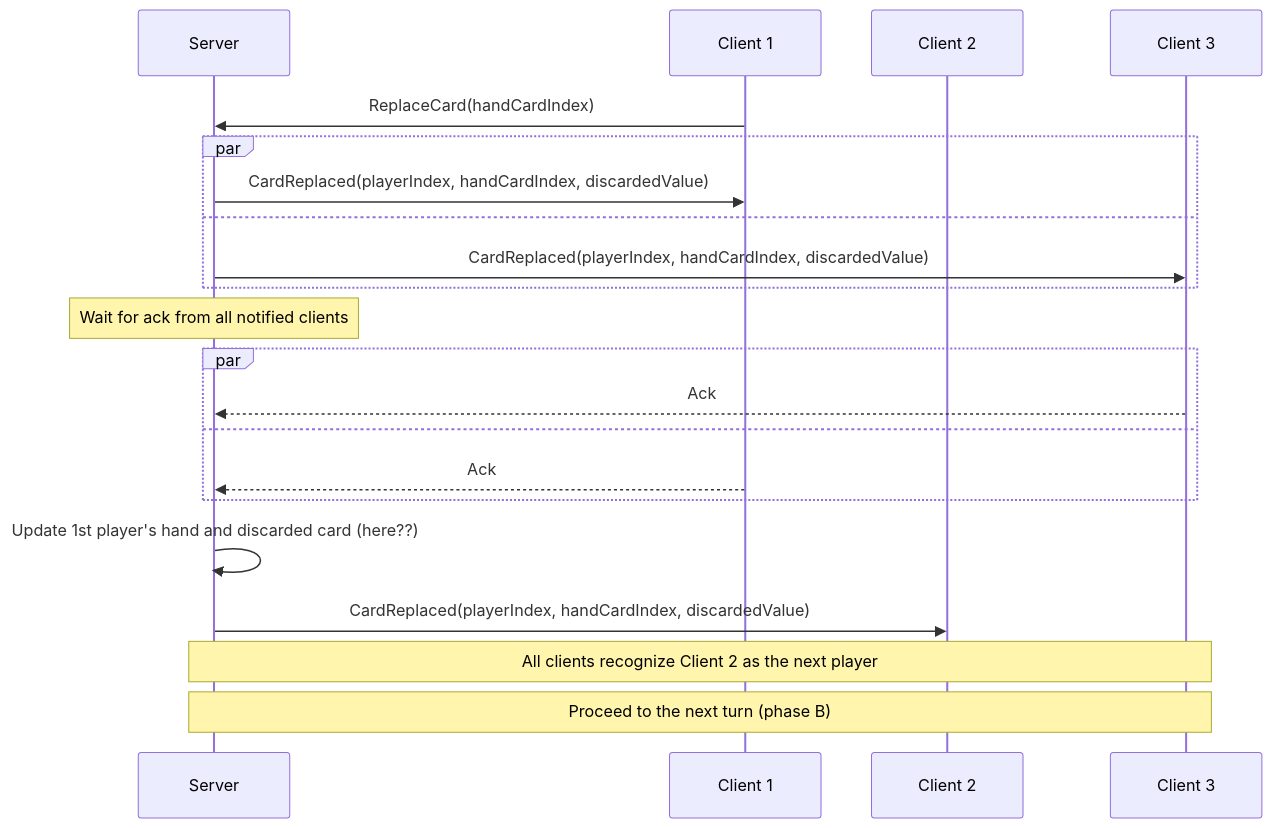
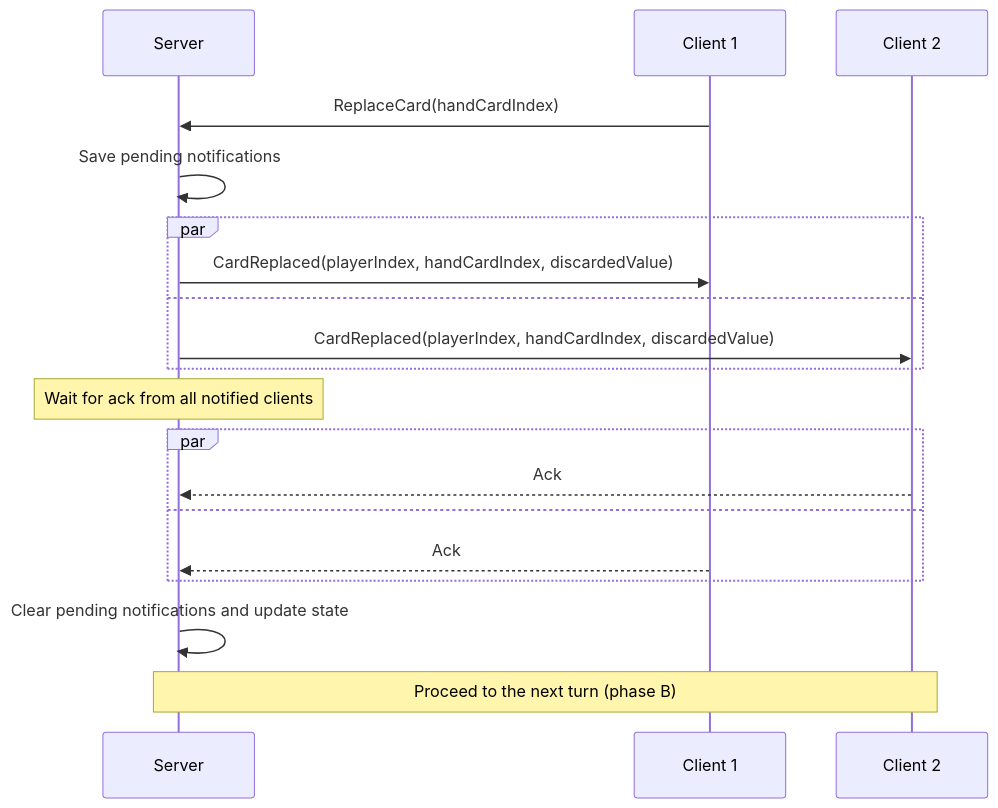
The eighth of 14 diagrams in README.md (roman-zubarevich/another), drawn with Mermaid before and after one commit. The commit also changed other lines of this file, not shown here.

````diff
--- a/README.md
+++ b/README.md
@@ -179,23 +185,21 @@
 ```mermaid
 sequenceDiagram
     participant S as Server
     participant C1 as Client 1
     participant C2 as Client 2
-    participant C3 as Client 3
     C1->>S: ReplaceCard(handCardIndex)
+    S->>S: Save pending notifications
     par
         S->>C1: CardReplaced(playerIndex, handCardIndex, discardedValue)
     and
-        S->>C3: CardReplaced(playerIndex, handCardIndex, discardedValue)
+        S->>C2: CardReplaced(playerIndex, handCardIndex, discardedValue)
     end
     Note over S: Wait for ack from all notified clients
     par
-        C3-->>S: Ack
+        C2-->>S: Ack
     and
         C1-->>S: Ack
     end
-    S->>S: Update 1st player's hand and discarded card (here??)
-    S->>C2: CardReplaced(playerIndex, handCardIndex, discardedValue)
-    Note over S,C3: All clients recognize Client 2 as the next player
-    Note over S,C3: Proceed to the next turn (phase B)
+    S->>S: Clear pending notifications and update state
+    Note over S,C2: Proceed to the next turn (phase B)
 ```
````
